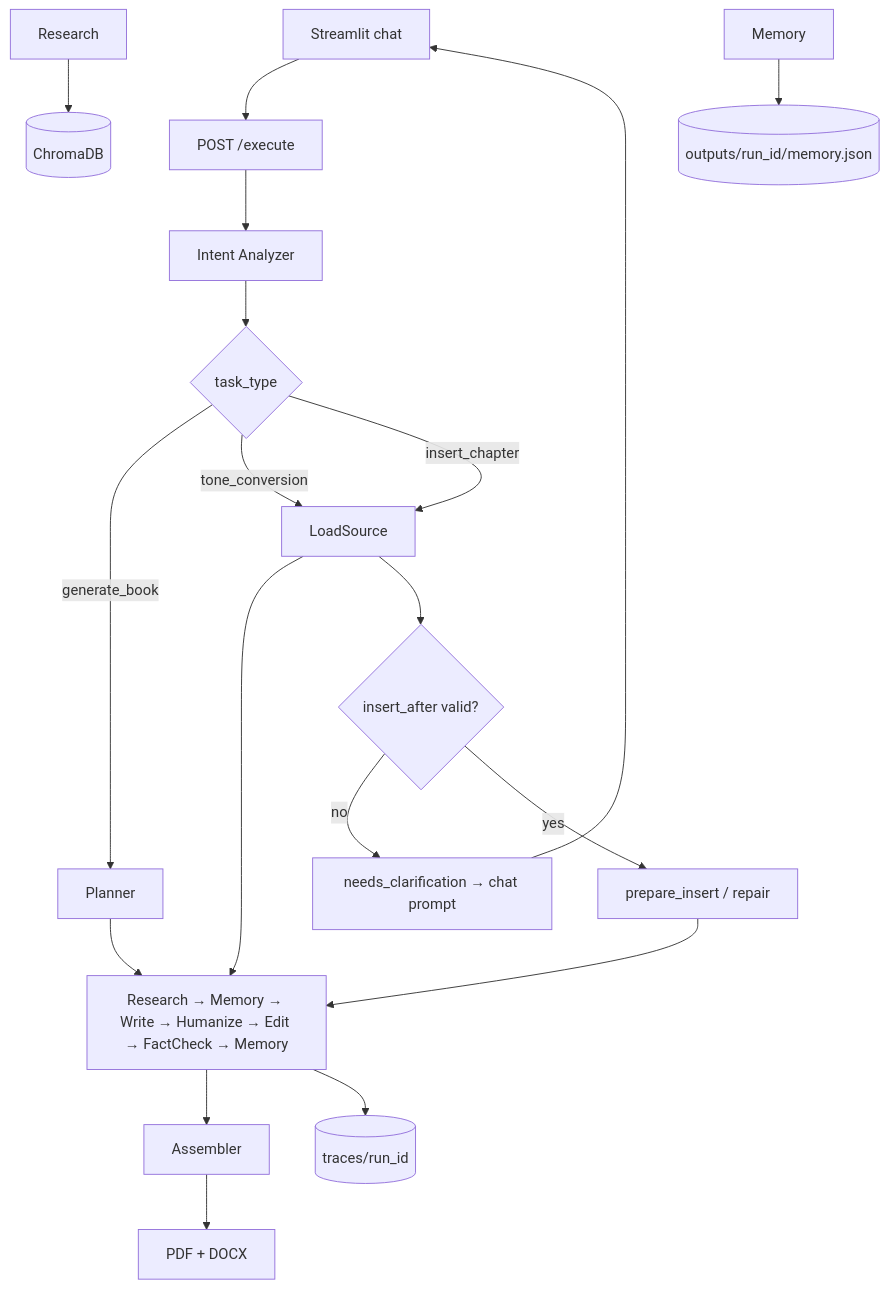
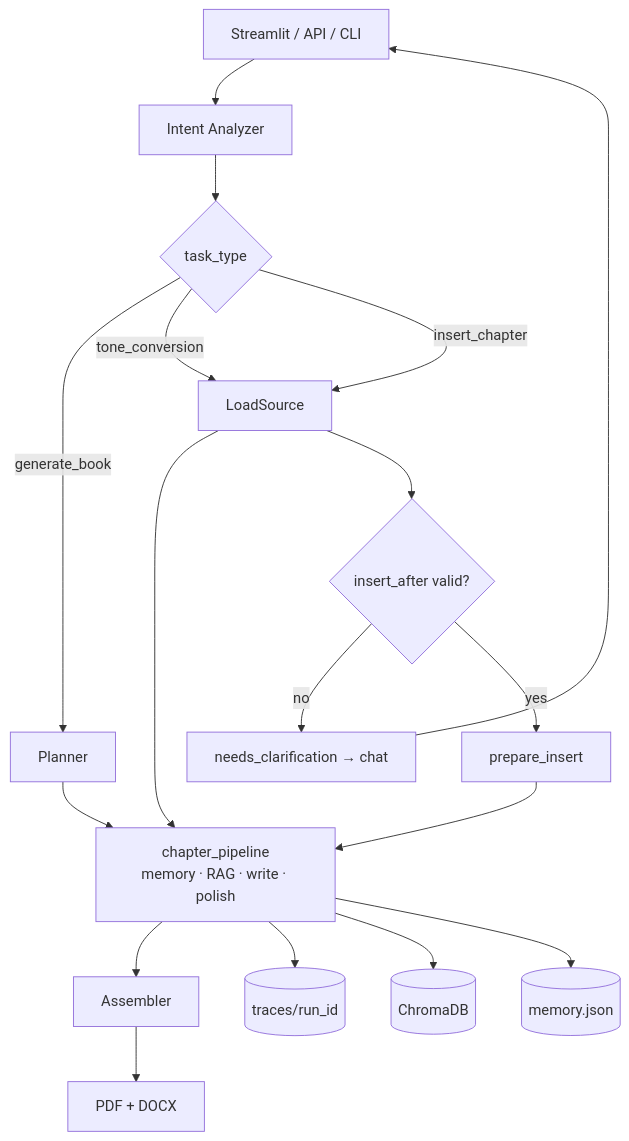
Before and after one commit to Rv0403/AIuthor: the second of 2 diagrams in docs/architecture.md, drawn with Mermaid. The commit also changed other lines of this file and 2 other files, not shown here.

````diff
--- a/docs/architecture.md
+++ b/docs/architecture.md
@@ -5,18 +100,17 @@
 ```mermaid
 flowchart TB
-    UI[Streamlit chat] --> API[POST /execute]
-    API --> Intent[Intent Analyzer]
+    UI[Streamlit / API / CLI] --> Intent[Intent Analyzer]
     Intent --> Router{task_type}
     Router -->|generate_book| Planner --> ChapterLoop
     Router -->|tone_conversion| LoadSource --> ChapterLoop
     Router -->|insert_chapter| LoadSource --> Valid{insert_after valid?}
-    Valid -->|no| Clarify[needs_clarification → chat prompt]
+    Valid -->|no| Clarify[needs_clarification → chat]
     Clarify --> UI
-    Valid -->|yes| Repair[prepare_insert / repair] --> ChapterLoop
-  ChapterLoop[Research → Memory → Write → Humanize → Edit → FactCheck → Memory]
+    Valid -->|yes| Repair[prepare_insert] --> ChapterLoop
+    ChapterLoop[chapter_pipeline<br/>memory · RAG · write · polish]
     ChapterLoop --> Assembler
     Assembler --> Export[PDF + DOCX]
     ChapterLoop --> Traces[(traces/run_id)]
-    Research --> Chroma[(ChromaDB)]
-    Memory --> JSON[(outputs/run_id/memory.json)]
+    ChapterLoop --> Chroma[(ChromaDB)]
+    ChapterLoop --> JSON[(memory.json)]
 ```
````
